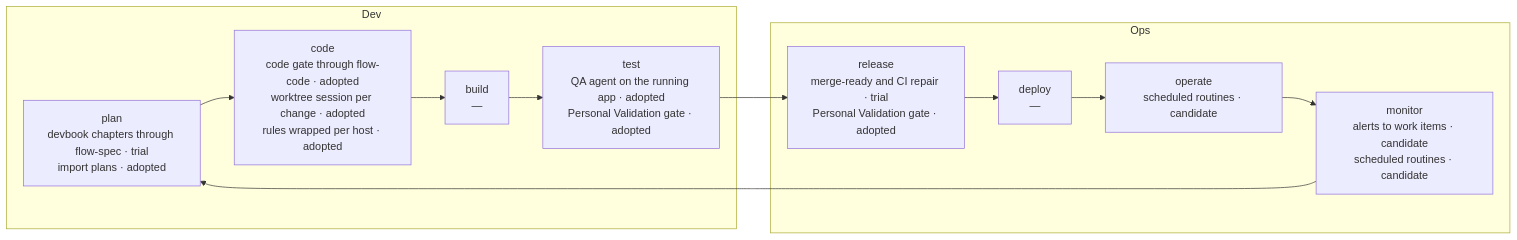
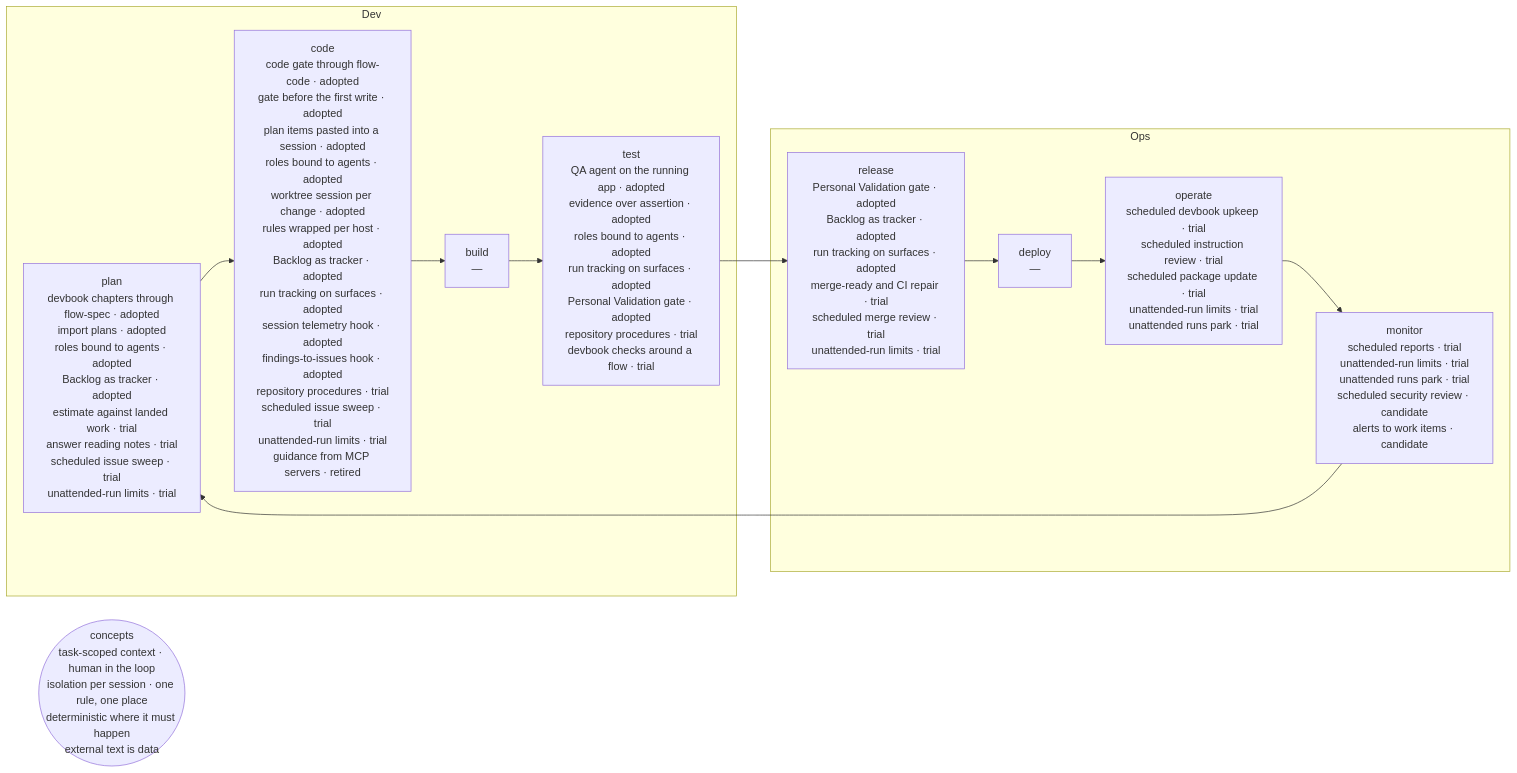
The diagram in .devbook/ai/adoption-map.md (JSdotNet/Backlog), drawn with Mermaid before and after one commit. The commit also changed other lines of this file and 16 other files, not shown here.

````diff
--- a/.devbook/ai/adoption-map.md
+++ b/.devbook/ai/adoption-map.md
@@ -25,16 +26,17 @@
 ```mermaid
 flowchart LR
     subgraph dev [Dev]
-        plan[plan<br/>devbook chapters through flow-spec · trial<br/>import plans · adopted]
-        code[code<br/>code gate through flow-code · adopted<br/>worktree session per change · adopted<br/>rules wrapped per host · adopted]
-        build[build<br/>—]
-        test[test<br/>QA agent on the running app · adopted<br/>Personal Validation gate · adopted]
+        plan["plan<br/>devbook chapters through flow-spec · adopted<br/>import plans · adopted<br/>roles bound to agents · adopted<br/>Backlog as tracker · adopted<br/>estimate against landed work · trial<br/>answer reading notes · trial<br/>scheduled issue sweep · trial<br/>unattended-run limits · trial"]
+        code["code<br/>code gate through flow-code · adopted<br/>gate before the first write · adopted<br/>plan items pasted into a session · adopted<br/>roles bound to agents · adopted<br/>worktree session per change · adopted<br/>rules wrapped per host · adopted<br/>Backlog as tracker · adopted<br/>run tracking on surfaces · adopted<br/>session telemetry hook · adopted<br/>findings-to-issues hook · adopted<br/>repository procedures · trial<br/>scheduled issue sweep · trial<br/>unattended-run limits · trial<br/>guidance from MCP servers · retired"]
+        build["build<br/>—"]
+        test["test<br/>QA agent on the running app · adopted<br/>evidence over assertion · adopted<br/>roles bound to agents · adopted<br/>run tracking on surfaces · adopted<br/>Personal Validation gate · adopted<br/>repository procedures · trial<br/>devbook checks around a flow · trial"]
     end
     subgraph ops [Ops]
-        release[release<br/>merge-ready and CI repair · trial<br/>Personal Validation gate · adopted]
-        deploy[deploy<br/>—]
-        operate[operate<br/>scheduled routines · candidate]
-        monitor[monitor<br/>alerts to work items · candidate<br/>scheduled routines · candidate]
+        release["release<br/>Personal Validation gate · adopted<br/>Backlog as tracker · adopted<br/>run tracking on surfaces · adopted<br/>merge-ready and CI repair · trial<br/>scheduled merge review · trial<br/>unattended-run limits · trial"]
+        deploy["deploy<br/>—"]
+        operate["operate<br/>scheduled devbook upkeep · trial<br/>scheduled instruction review · trial<br/>scheduled package update · trial<br/>unattended-run limits · trial<br/>unattended runs park · trial"]
+        monitor["monitor<br/>scheduled reports · trial<br/>unattended-run limits · trial<br/>unattended runs park · trial<br/>scheduled security review · candidate<br/>alerts to work items · candidate"]
     end
+    concepts(("concepts<br/>task-scoped context · human in the loop<br/>isolation per session · one rule, one place<br/>deterministic where it must happen<br/>external text is data"))
     plan --> code --> build --> test --> release --> deploy --> operate --> monitor --> plan
 ```
````
